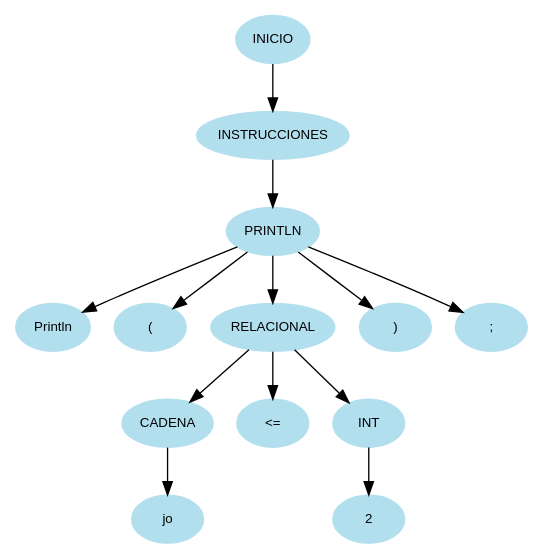
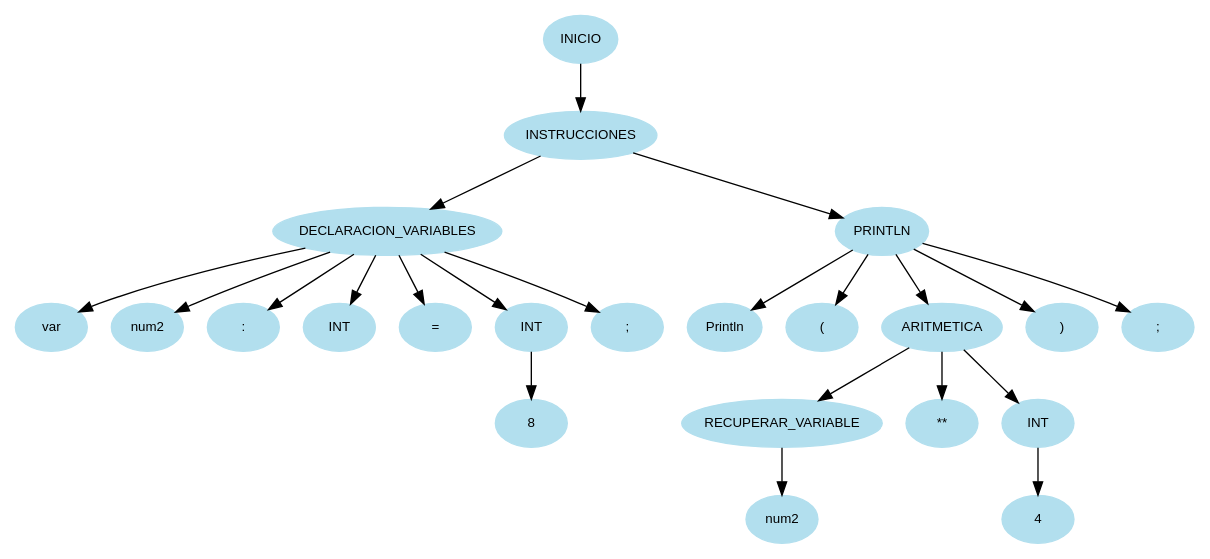
Before and after one commit to MMP119/OLC1_JavaCraft: the diagram in Fase_1/Reports/arbolAST.dot, drawn with Graphviz. The commit also changed 9 other files, not shown here.

```diff
--- a/Fase_1/Reports/arbolAST.dot
+++ b/Fase_1/Reports/arbolAST.dot
@@ -1,29 +1,47 @@
 digraph arbolAST{
 node [shape=oval, style=filled, color=lightblue2, fontname=Helvetica, fontsize=10];
 edge [fontname=Helvetica, fontsize=10];
 n0[label="INICIO"];
 n1[label="INSTRUCCIONES"];
 n0 -> n1;
-n2[label="PRINTLN"];
+n2[label="DECLARACION_VARIABLES"];
 n1 -> n2;
-n3[label="Println"];
+n3[label="var"];
 n2 -> n3;
-n4[label="("];
+n4[label="num2"];
 n2 -> n4;
-n5[label="RELACIONAL"];
+n5[label=":"];
 n2 -> n5;
-n6[label="CADENA"];
-n5 -> n6;
-n7[label="jo"];
-n6 -> n7;
-n8[label="<="];
-n5 -> n8;
-n9[label="INT"];
-n5 -> n9;
-n10[label="2"];
-n9 -> n10;
-n11[label=")"];
-n2 -> n11;
-n12[label=";"];
-n2 -> n12;
+n6[label="INT"];
+n2 -> n6;
+n7[label="="];
+n2 -> n7;
+n8[label="INT"];
+n2 -> n8;
+n9[label="8"];
+n8 -> n9;
+n10[label=";"];
+n2 -> n10;
+n11[label="PRINTLN"];
+n1 -> n11;
+n12[label="Println"];
+n11 -> n12;
+n13[label="("];
+n11 -> n13;
+n14[label="ARITMETICA"];
+n11 -> n14;
+n15[label="RECUPERAR_VARIABLE"];
+n14 -> n15;
+n16[label="num2"];
+n15 -> n16;
+n17[label="**"];
+n14 -> n17;
+n18[label="INT"];
+n14 -> n18;
+n19[label="4"];
+n18 -> n19;
+n20[label=")"];
+n11 -> n20;
+n21[label=";"];
+n11 -> n21;
 }
```
